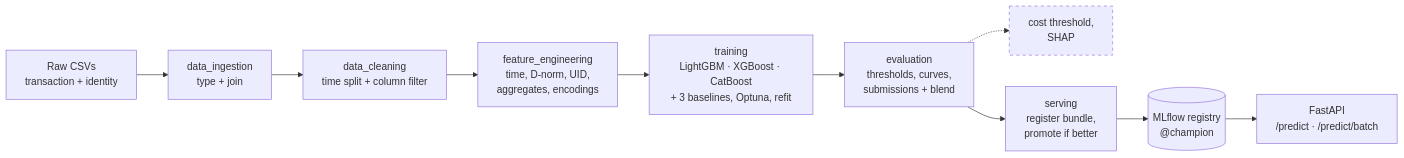
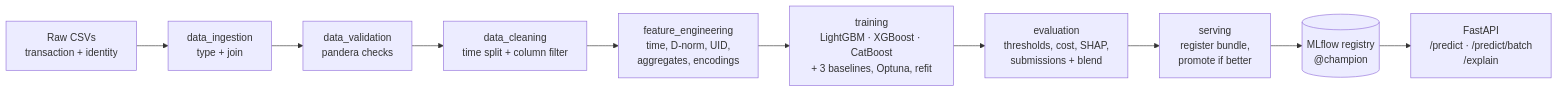
One commit to MikolajKurtyka/fraud-detection-kedro changed the diagram in docs/01_introduction.md. Above: the diagram before and after it, drawn with Mermaid. The commit also changed other lines of this file and 7 other files, not shown here.

Commit message:
docs: document data validation, cost threshold, SHAP, /explain and retraining

````diff
--- a/docs/01_introduction.md
+++ b/docs/01_introduction.md
@@ -46,15 +46,12 @@
 ```mermaid
 flowchart LR
     A[Raw CSVs<br/>transaction + identity] --> B[data_ingestion<br/>type + join]
-    B --> C[data_cleaning<br/>time split + column filter]
+    B --> V[data_validation<br/>pandera checks]
+    V --> C[data_cleaning<br/>time split + column filter]
     C --> D[feature_engineering<br/>time, D-norm, UID,<br/>aggregates, encodings]
     D --> E[training<br/>LightGBM · XGBoost · CatBoost<br/>+ 3 baselines, Optuna, refit]
-    E --> F[evaluation<br/>thresholds, curves,<br/>submissions + blend]
-    F -.-> P[cost threshold,<br/>SHAP]
+    E --> F[evaluation<br/>thresholds, cost, SHAP,<br/>submissions + blend]
     F --> S[serving<br/>register bundle,<br/>promote if better]
     S --> G[(MLflow registry<br/>@champion)]
-    G --> H[FastAPI<br/>/predict · /predict/batch]
-
-    classDef planned stroke-dasharray: 5 5
-    class P planned
+    G --> H[FastAPI<br/>/predict · /predict/batch<br/>/explain]
 ```
````
